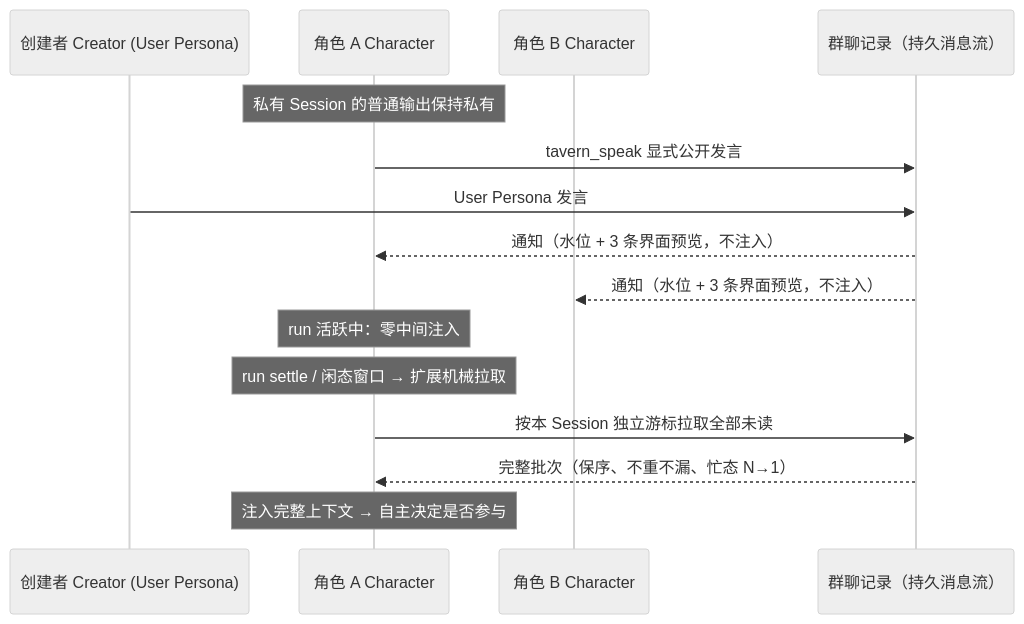
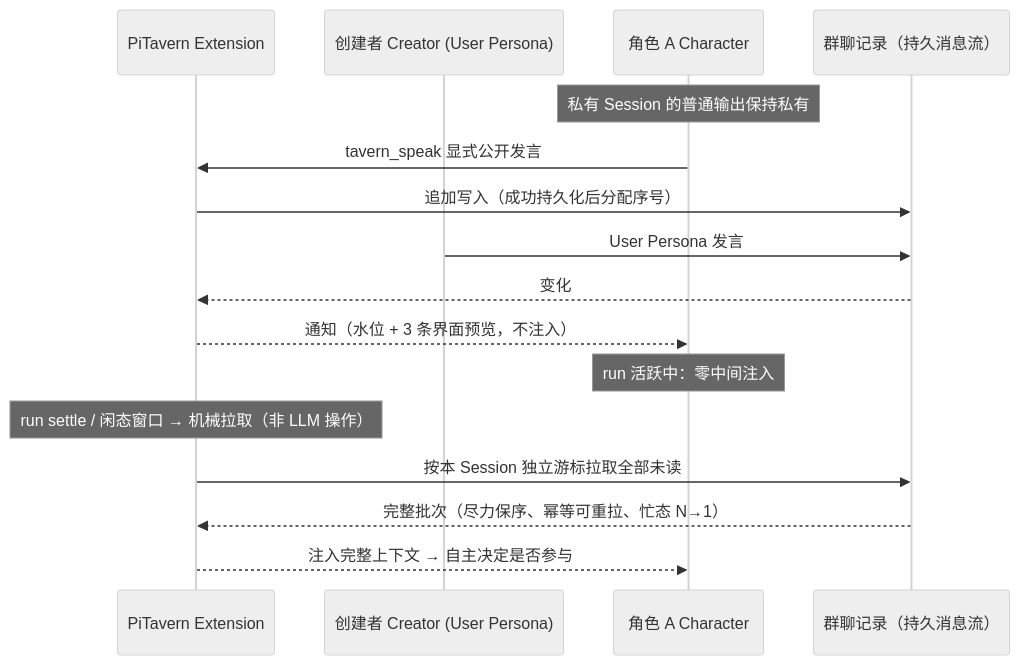
One commit to icylight/pi-tavern changed the diagram in README.md. Above: the diagram before and after it, drawn with Mermaid (neutral theme). The commit also changed other lines of this file and 1 other file, not shown here.

Commit message:
docs(readme): 表述校正三处（对话层共享上下文/去「恰好一次不重不漏」→幂等可重拉/Mermaid 加 Extension 参与者）+ 移除 agentchattr 提及 + 快速开始/项目状态/许可证/中英入口（User 指示 #70）

````diff
--- a/README.md
+++ b/README.md
@@ -23,18 +25,19 @@
 ```mermaid
 sequenceDiagram
+    participant E as PiTavern Extension
     participant C as 创建者 Creator (User Persona)
     participant A as 角色 A Character
-    participant B as 角色 B Character
     participant S as 群聊记录（持久消息流）
 
     Note over A: 私有 Session 的普通输出保持私有
-    A->>S: tavern_speak 显式公开发言
+    A->>E: tavern_speak 显式公开发言
+    E->>S: 追加写入（成功持久化后分配序号）
     C->>S: User Persona 发言
-    S-->>A: 通知（水位 + 3 条界面预览，不注入）
-    S-->>B: 通知（水位 + 3 条界面预览，不注入）
+    S-->>E: 变化
+    E-->>A: 通知（水位 + 3 条界面预览，不注入）
     Note over A: run 活跃中：零中间注入
-    Note over A: run settle / 闲态窗口 → 扩展机械拉取
-    A->>S: 按本 Session 独立游标拉取全部未读
-    S-->>A: 完整批次（保序、不重不漏、忙态 N→1）
-    Note over A: 注入完整上下文 → 自主决定是否参与
+    Note over E: run settle / 闲态窗口 → 机械拉取（非 LLM 操作）
+    E->>S: 按本 Session 独立游标拉取全部未读
+    S-->>E: 完整批次（尽力保序、幂等可重拉、忙态 N→1）
+    E-->>A: 注入完整上下文 → 自主决定是否参与
 ```
````
